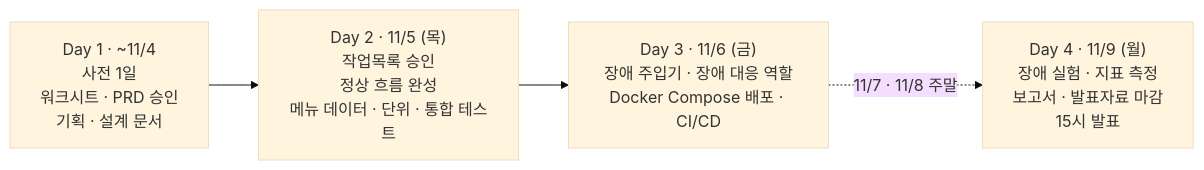
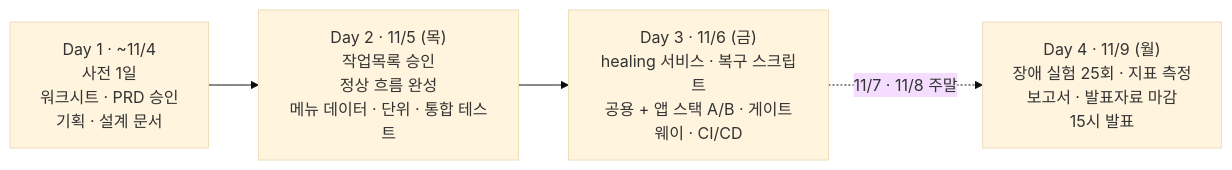
The tenth of 10 diagrams in docs/PRD.md (931njhthe-star/moa), drawn with Mermaid (base theme) before and after one commit. The commit also changed other lines of this file, not shown here.

````diff
--- a/docs/PRD.md
+++ b/docs/PRD.md
@@ -422,6 +533,6 @@
 ```mermaid
 flowchart LR
     D1["Day 1 · ~11/4<br/>사전 1일<br/>워크시트 · PRD 승인<br/>기획 · 설계 문서"] --> D2["Day 2 · 11/5 (목)<br/>작업목록 승인<br/>정상 흐름 완성<br/>메뉴 데이터 · 단위 · 통합 테스트"]
-    D2 --> D3["Day 3 · 11/6 (금)<br/>장애 주입기 · 장애 대응 역할<br/>Docker Compose 배포 · CI/CD"]
-    D3 -.->|"11/7 · 11/8 주말"| D4["Day 4 · 11/9 (월)<br/>장애 실험 · 지표 측정<br/>보고서 · 발표자료 마감<br/>15시 발표"]
+    D2 --> D3["Day 3 · 11/6 (금)<br/>healing 서비스 · 복구 스크립트<br/>공용 + 앱 스택 A/B · 게이트웨이 · CI/CD"]
+    D3 -.->|"11/7 · 11/8 주말"| D4["Day 4 · 11/9 (월)<br/>장애 실험 25회 · 지표 측정<br/>보고서 · 발표자료 마감<br/>15시 발표"]
 ```
````
